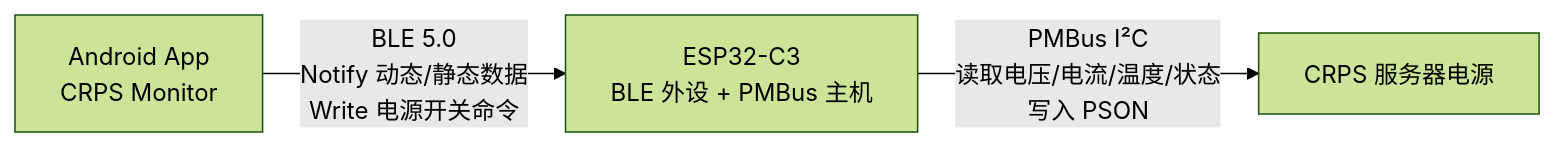
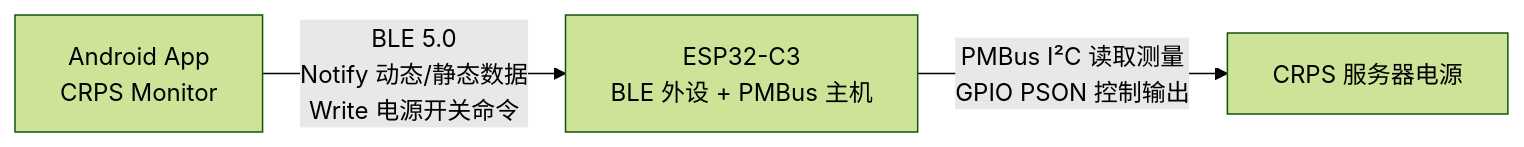
Before and after one commit to Chris84656/CRPS_APP: the diagram in README.md, drawn with Mermaid (forest theme). The commit also changed other lines of this file and 22 other files, not shown here.

````diff
--- a/README.md
+++ b/README.md
@@ -9,5 +9,5 @@
 ```mermaid
 flowchart LR
     A[Android App<br/>CRPS Monitor] -- "BLE 5.0<br/>Notify 动态/静态数据<br/>Write 电源开关命令" --> B[ESP32-C3<br/>BLE 外设 + PMBus 主机]
-    B -- "PMBus I²C<br/>读取电压/电流/温度/状态<br/>写入 PSON" --> C[CRPS 服务器电源]
+    B -- "PMBus I²C 读取测量<br/>GPIO PSON 控制输出" --> C[CRPS 服务器电源]
 ```
````
